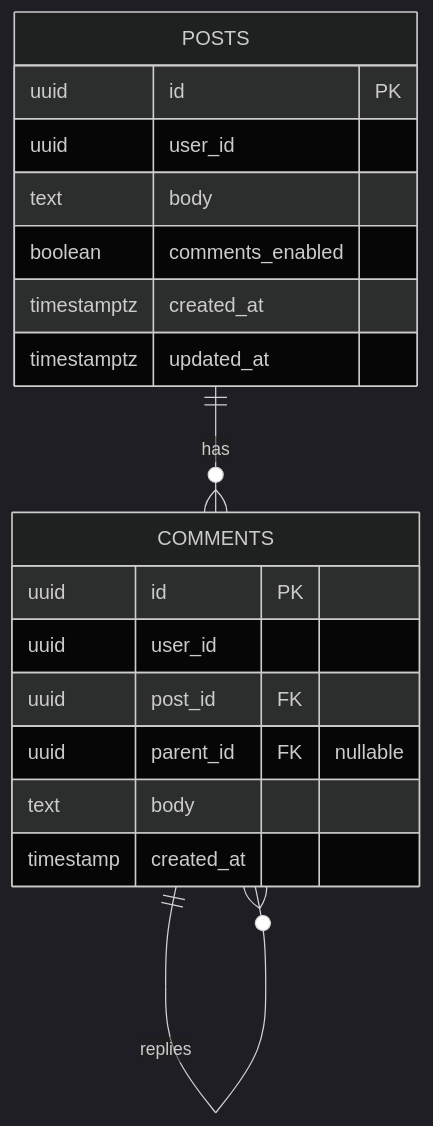
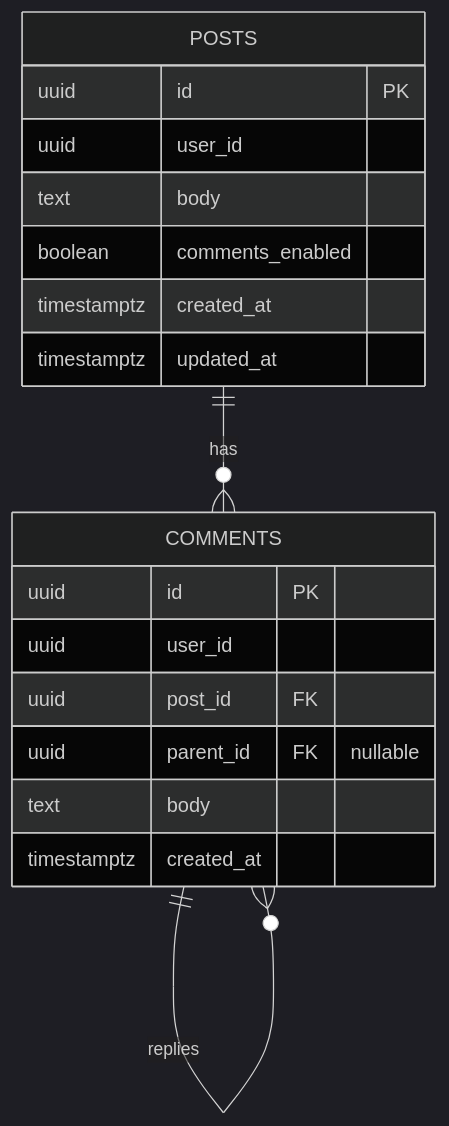
One commit to exception-e/postfeed changed the first of 3 diagrams in README.md. Above: the diagram before and after it, drawn with Mermaid (dark theme). The commit also changed other lines of this file and 13 other files, not shown here.

````diff
--- a/README.md
+++ b/README.md
@@ -33,22 +33,22 @@
 ```mermaid
 erDiagram
     POSTS ||--o{ COMMENTS : has
     COMMENTS ||--o{ COMMENTS : replies
 
     POSTS {
         uuid id PK
         uuid user_id 
         text body
         boolean comments_enabled
         timestamptz created_at
         timestamptz updated_at
     }
     COMMENTS {
         uuid id PK
         uuid user_id
         uuid post_id FK
         uuid parent_id FK "nullable"
         text body
-        timestamp created_at
+        timestamptz created_at
     }
 ```
````
